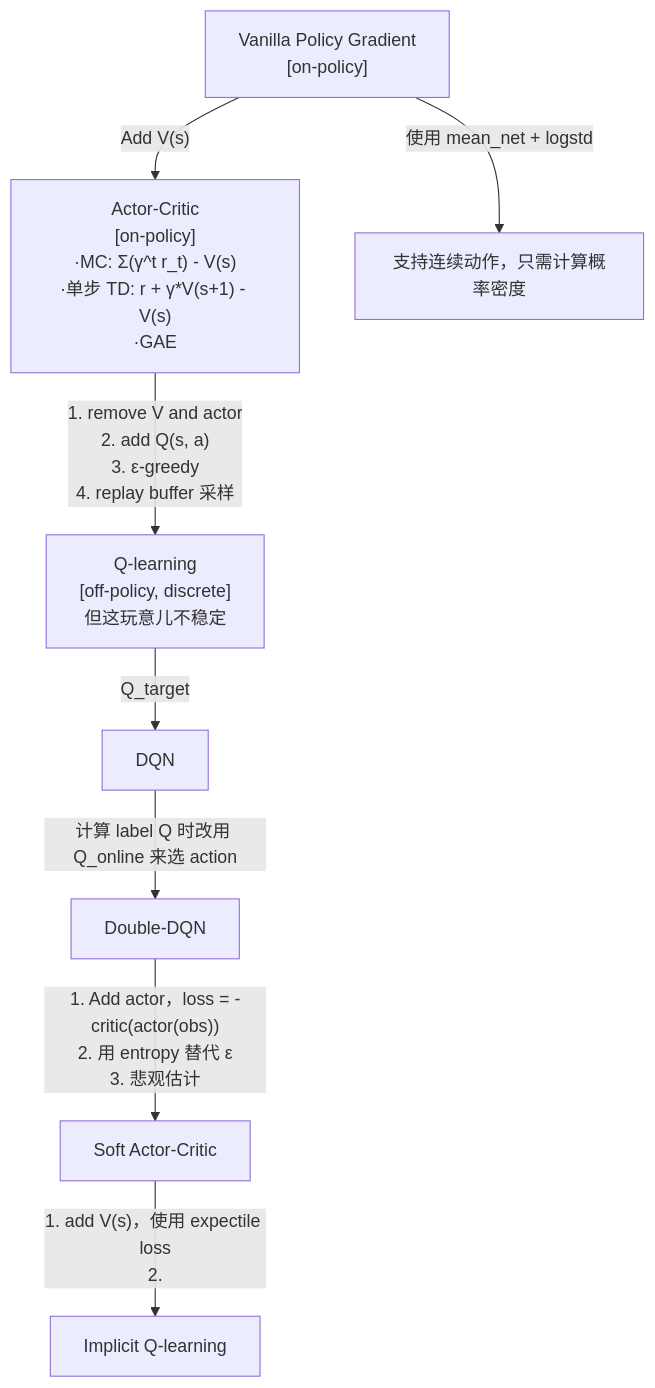
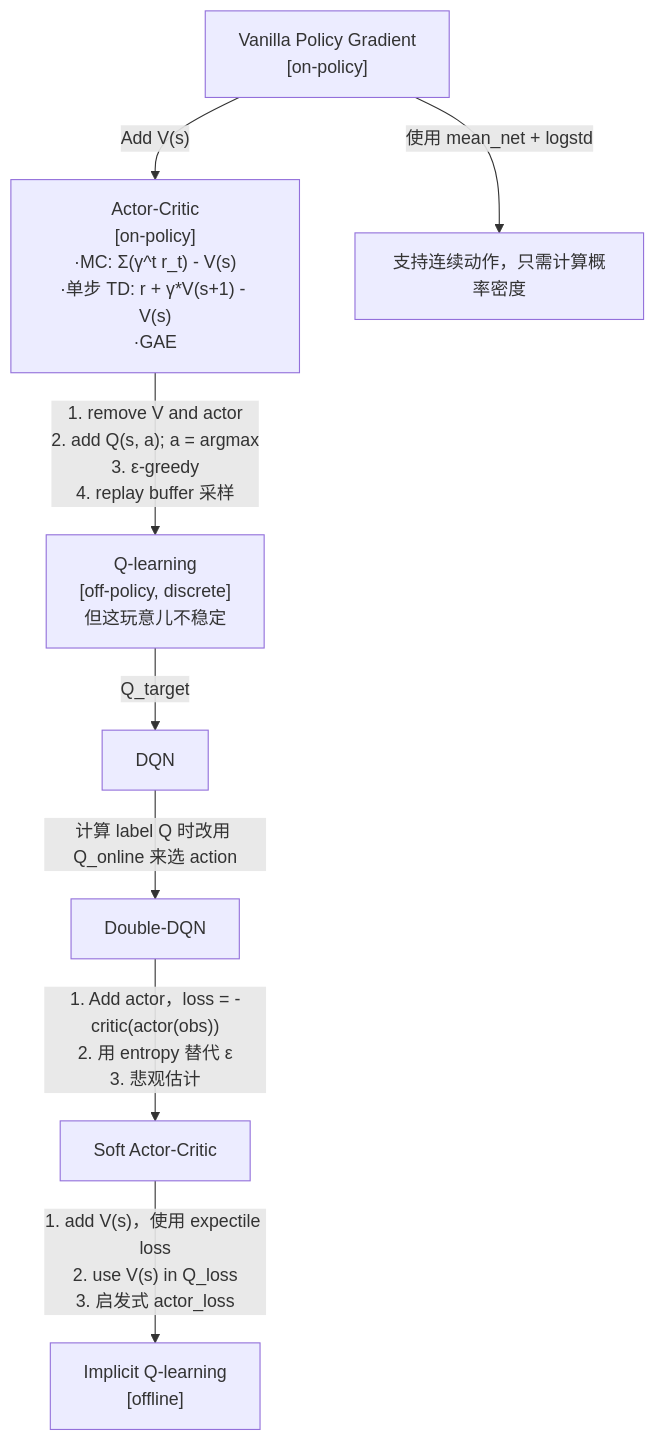
One commit to julyfun/how-to changed the diagram in 技术学习/285/285-0.md. Above: the diagram before and after it, drawn with Mermaid. The commit also changed other lines of this file, not shown here.

````diff
--- a/技术学习/285/285-0.md
+++ b/技术学习/285/285-0.md
@@ -11,11 +11,11 @@
 ```mermaid
 flowchart TD
     PG["Vanilla Policy Gradient<br>[on-policy]"] -->|"Add V(s)"| AC
     AC["Actor-Critic<br>[on-policy]<br>·MC: Σ(γ^t r_t) - V(s)<br>·单步 TD: r + γ*V(s+1) - V(s)<br>·GAE"]
     PG -->|使用 mean_net + logstd| cont[支持连续动作，只需计算概率密度]
-    AC -->|"1. remove V and actor<br>2. add Q(s, a)<br>3. ε-greedy<br>4. replay buffer 采样"| Q-learning["Q-learning<br>[off-policy, discrete]<br>但这玩意儿不稳定"]
+    AC -->|"1. remove V and actor<br>2. add Q(s, a); a = argmax<br>3. ε-greedy<br>4. replay buffer 采样"| Q-learning["Q-learning<br>[off-policy, discrete]<br>但这玩意儿不稳定"]
     Q-learning -->|"Q_target"| DQN
     DQN -->|"计算 label Q 时改用 Q_online 来选 action"| Double-DQN
     Double-DQN -->|"1. Add actor，loss = -critic(actor(obs))<br>2. 用 entropy 替代 ε<br>3. 悲观估计"| SAC["Soft Actor-Critic"]
-    SAC -->|"1. add V(s)，使用 expectile loss<br>2."| IQL["Implicit Q-learning"]
+    SAC -->|"1. add V(s)，使用 expectile loss<br>2. use V(s) in Q_loss<br>3. 启发式 actor_loss"| IQL["Implicit Q-learning<br>[offline]"]
 ```
````
